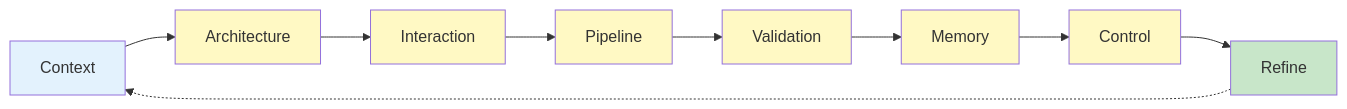
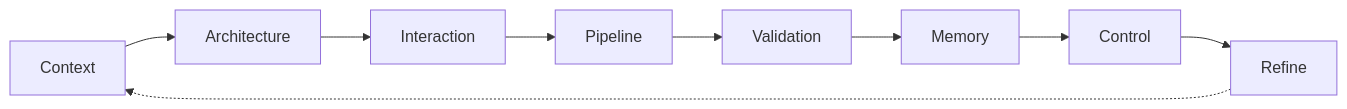
The diagram in instructions/harness-architect/HEARTBEAT.md (CharlesLuxinger/harness-eng-multi-agent), drawn with Mermaid before and after one commit. The commit also changed other lines of this file and 67 other files, not shown here.

````diff
--- a/instructions/harness-architect/HEARTBEAT.md
+++ b/instructions/harness-architect/HEARTBEAT.md
@@ -15,29 +15,20 @@
 ```mermaid
 graph LR
   A["Context"]
   B["Architecture"]
   C["Interaction"]
   D["Pipeline"]
   E["Validation"]
   F["Memory"]
   G["Control"]
   H["Refine"]
   
   A --> B
   B --> C
   C --> D
   D --> E
   E --> F
   F --> G
   G --> H
   H -.-> A
-  
-  style A fill:#e3f2fd
-  style B fill:#fff9c4
-  style C fill:#fff9c4
-  style D fill:#fff9c4
-  style E fill:#fff9c4
-  style F fill:#fff9c4
-  style G fill:#fff9c4
-  style H fill:#c8e6c9
 ```
````
